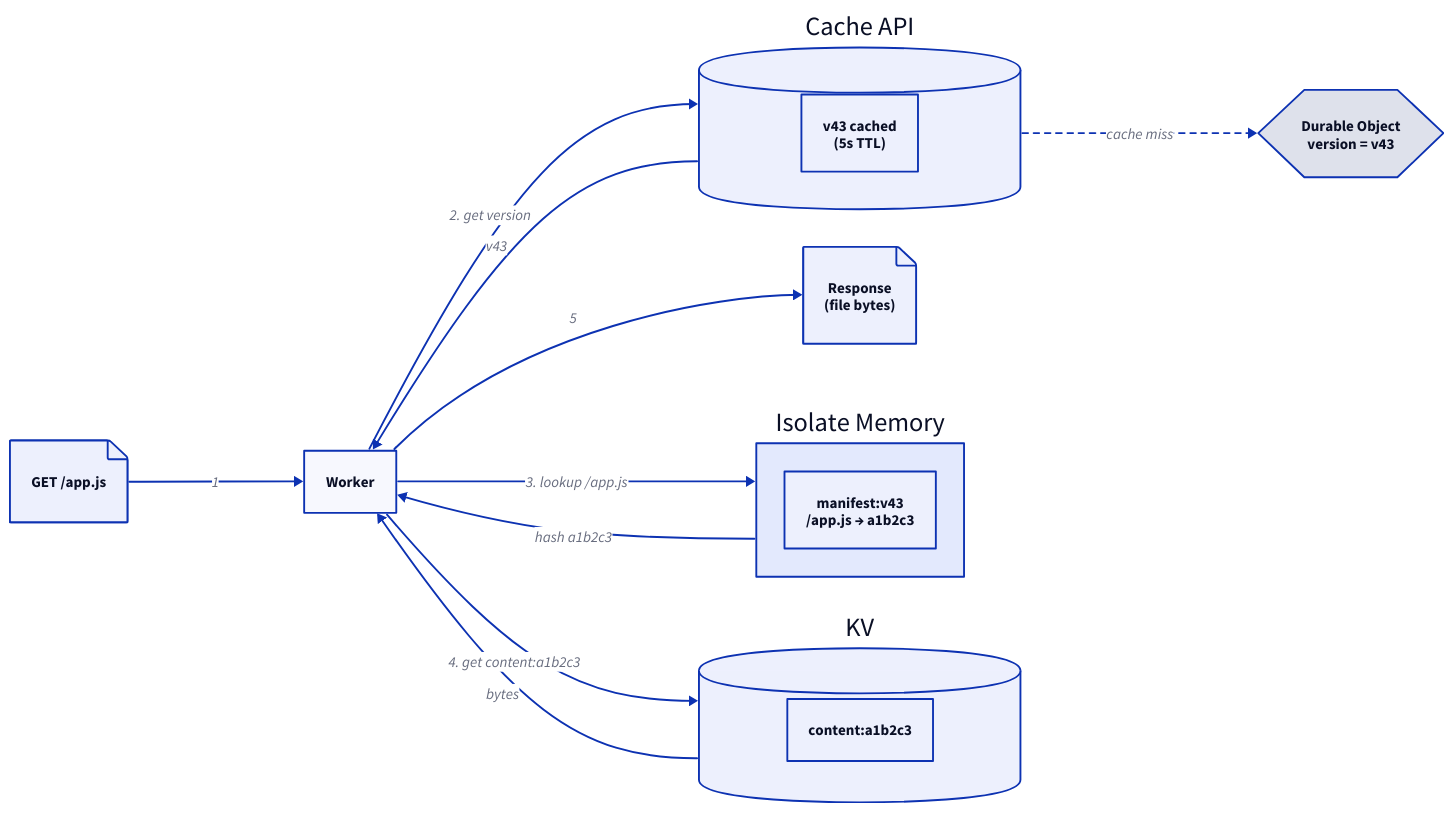
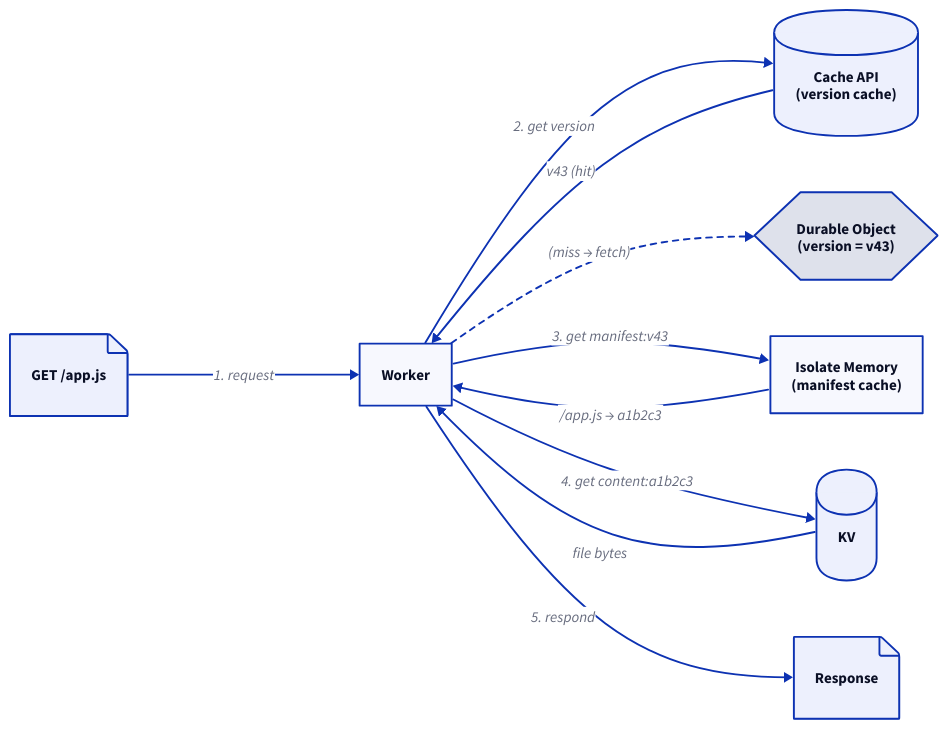
The third of 6 diagrams in src/content/docs/reference/caching.mdx (erfianugrah/lexicanum), drawn with D2 before and after one commit.

Commit message:
docs: fix read flow diagram accuracy
- Clarify Cache API hit vs DO miss paths
- Simplify node labels while keeping semantic meaning
- Show miss→fetch to DO as dashed alternative path
- Consistent labeling across all steps

````diff
--- a/src/content/docs/reference/caching.mdx
+++ b/src/content/docs/reference/caching.mdx
@@ -544,43 +544,37 @@
 ```d2
 direction: right
 
 request: GET /app.js {
   shape: page
 }
 
 worker: Worker
 
-do: Durable Object\nversion = v43 {
+cache-api: Cache API\n(version cache) {
+  shape: cylinder
+}
+
+do: Durable Object\n(version = v43) {
   shape: hexagon
 }
 
-cache-api: Cache API {
-  shape: cylinder
-  version-cached: v43 cached\n(5s TTL)
-}
-
-memory: Isolate Memory {
-  manifest: "manifest:v43\n/app.js → a1b2c3"
-}
+memory: Isolate Memory\n(manifest cache)
 
 kv: KV {
   shape: cylinder
-  content: "content:a1b2c3"
 }
 
-response: Response\n(file bytes) {
+response: Response {
   shape: page
 }
 
-request -> worker: 1
+request -> worker: 1. request
 worker -> cache-api: 2. get version
-cache-api -> worker: v43
-cache-api -> do: cache miss {
-  style.stroke-dash: 3
-}
-worker -> memory: 3. lookup /app.js
-memory -> worker: hash a1b2c3
+cache-api -> worker: v43 (hit)
+worker -> do: (miss → fetch) {style.stroke-dash: 3}
+worker -> memory: 3. get manifest:v43
+memory -> worker: /app.js → a1b2c3
 worker -> kv: 4. get content:a1b2c3
-kv -> worker: bytes
-worker -> response: 5
+kv -> worker: file bytes
+worker -> response: 5. respond
 ```
````
